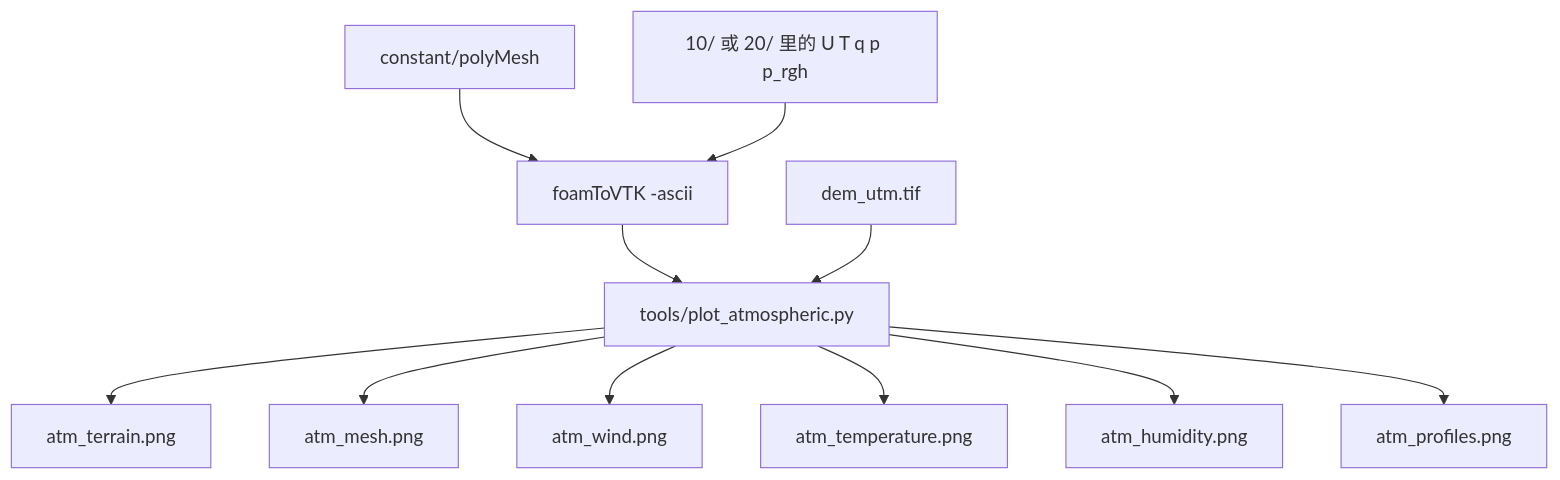
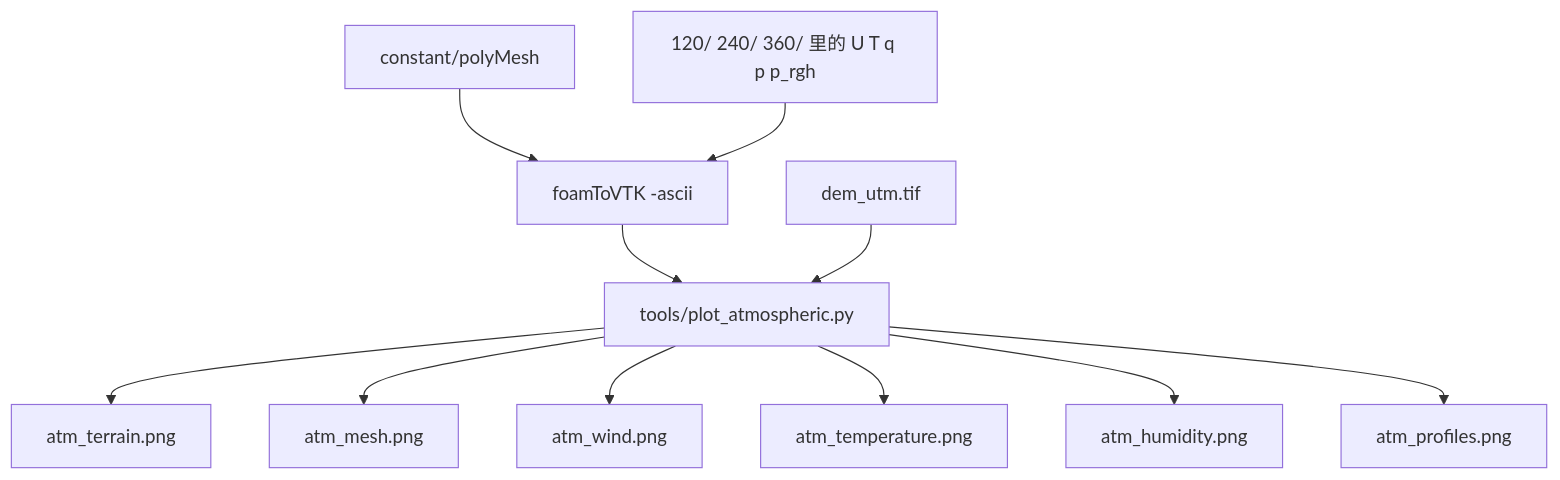
One commit to IncubatorShokuhou/OpenFoam_tutorial changed the diagram in tutorial/06_python_visualization.md. Above: the diagram before and after it, drawn with Mermaid. The commit also changed other lines of this file and 472 other files, not shown here.

````diff
--- a/tutorial/06_python_visualization.md
+++ b/tutorial/06_python_visualization.md
@@ -5,13 +5,13 @@
 ```mermaid
 flowchart TD
   mesh["constant/polyMesh"] --> vtk["foamToVTK -ascii"]
-  fields["10/ 或 20/ 里的 U T q p p_rgh"] --> vtk
+  fields["120/ 240/ 360/ 里的 U T q p p_rgh"] --> vtk
   vtk --> py["tools/plot_atmospheric.py"]
   dem["dem_utm.tif"] --> py
   py --> terrain["atm_terrain.png"]
   py --> grid["atm_mesh.png"]
   py --> wind["atm_wind.png"]
   py --> temp["atm_temperature.png"]
   py --> humid["atm_humidity.png"]
   py --> prof["atm_profiles.png"]
 ```
````
